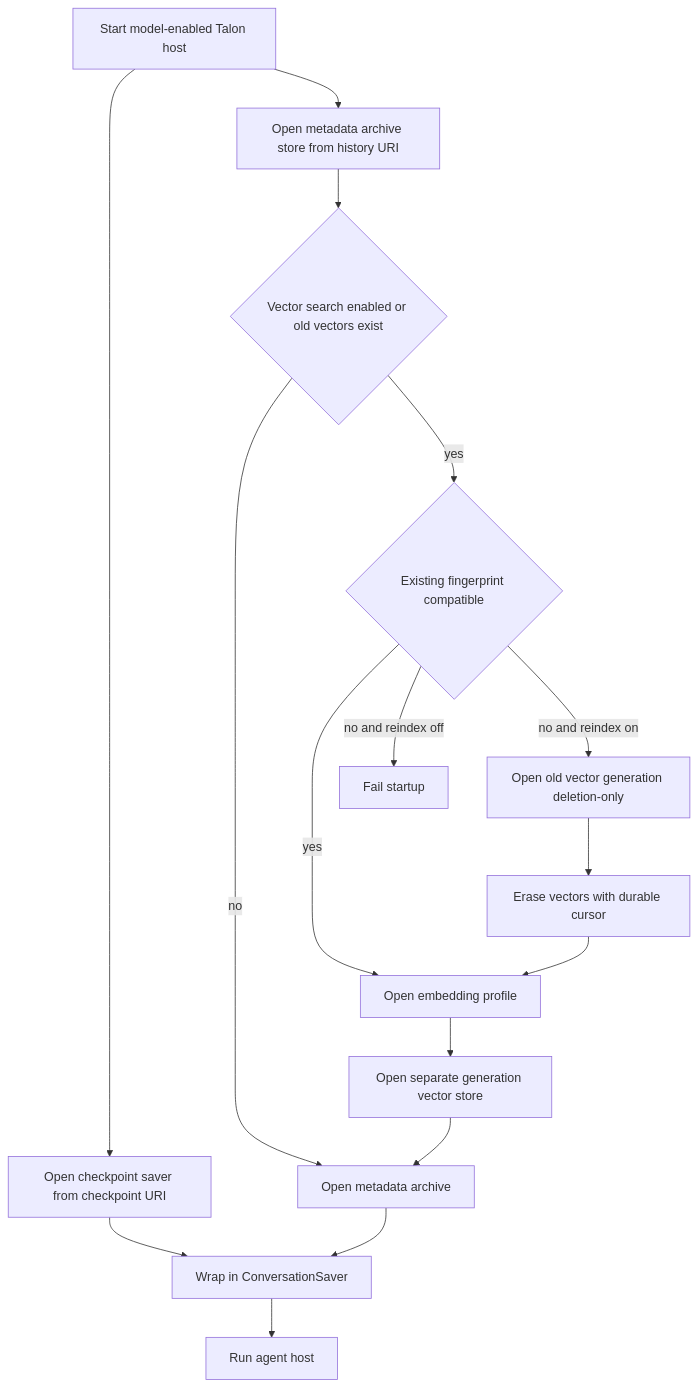
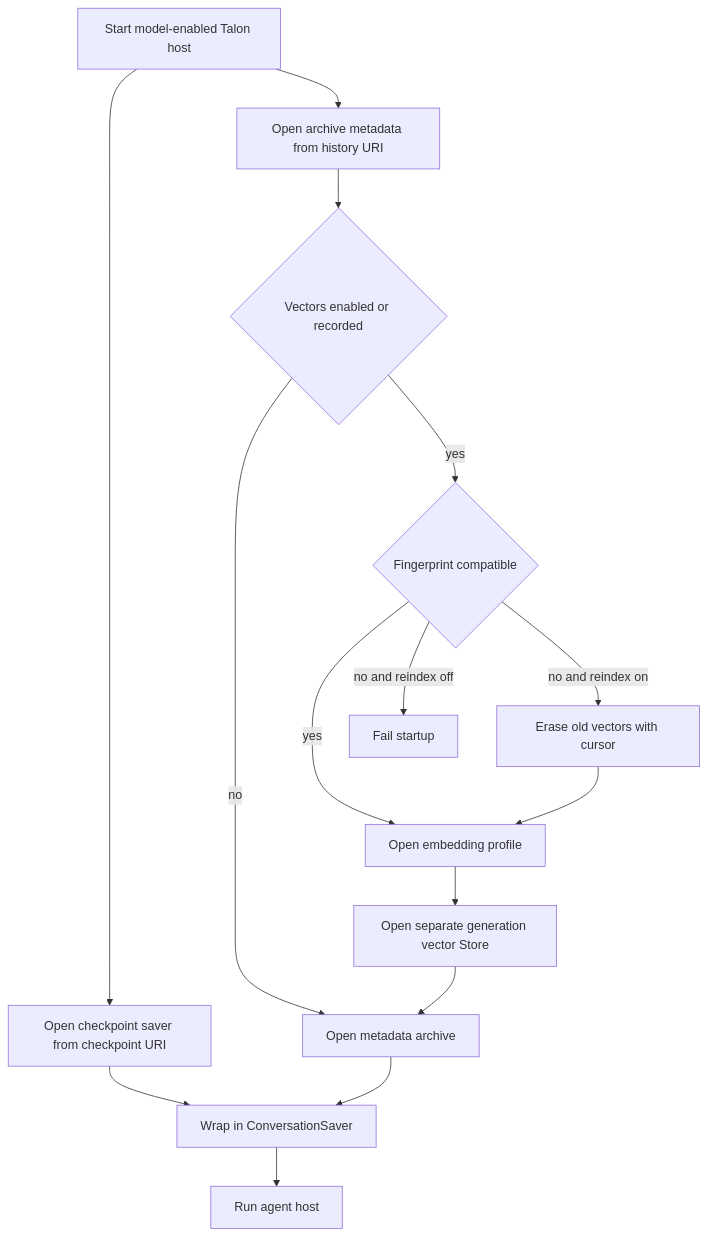
The first of 2 diagrams in openwiki/concepts/talon-history-storage.md (langchain-ai/deepagents), drawn with Mermaid before and after one commit. The commit also changed other lines of this file and 38 other files, not shown here.

````diff
--- a/openwiki/concepts/talon-history-storage.md
+++ b/openwiki/concepts/talon-history-storage.md
@@ -63,18 +59,17 @@
 ```mermaid
 flowchart TD
     Start["Start model-enabled Talon host"] --> Checkpoint["Open checkpoint saver from checkpoint URI"]
-    Start --> Metadata["Open metadata archive store from history URI"]
-    Metadata --> Generation{"Vector search enabled or old vectors exist"}
+    Start --> Metadata["Open archive metadata from history URI"]
+    Metadata --> Generation{"Vectors enabled or recorded"}
     Generation -->|"no"| Archive["Open metadata archive"]
-    Generation -->|"yes"| Fingerprint{"Existing fingerprint compatible"}
-    Fingerprint -->|"yes"| Profile["Open embedding profile"]
-    Fingerprint -->|"no and reindex off"| Fail["Fail startup"]
-    Fingerprint -->|"no and reindex on"| Erase["Open old vector generation deletion-only"]
-    Erase --> Rebuild["Erase vectors with durable cursor"]
-    Rebuild --> Profile
-    Profile --> Vector["Open separate generation vector store"]
+    Generation -->|"yes"| Compatible{"Fingerprint compatible"}
+    Compatible -->|"yes"| Profile["Open embedding profile"]
+    Compatible -->|"no and reindex off"| Fail["Fail startup"]
+    Compatible -->|"no and reindex on"| Erase["Erase old vectors with cursor"]
+    Erase --> Profile
+    Profile --> Vector["Open separate generation vector Store"]
     Vector --> Archive
-    Checkpoint --> Wrapper["Wrap in ConversationSaver"]
-    Archive --> Wrapper
-    Wrapper --> Runtime["Run agent host"]
+    Checkpoint --> Saver["Wrap in ConversationSaver"]
+    Archive --> Saver
+    Saver --> Runtime["Run agent host"]
 ```
````
